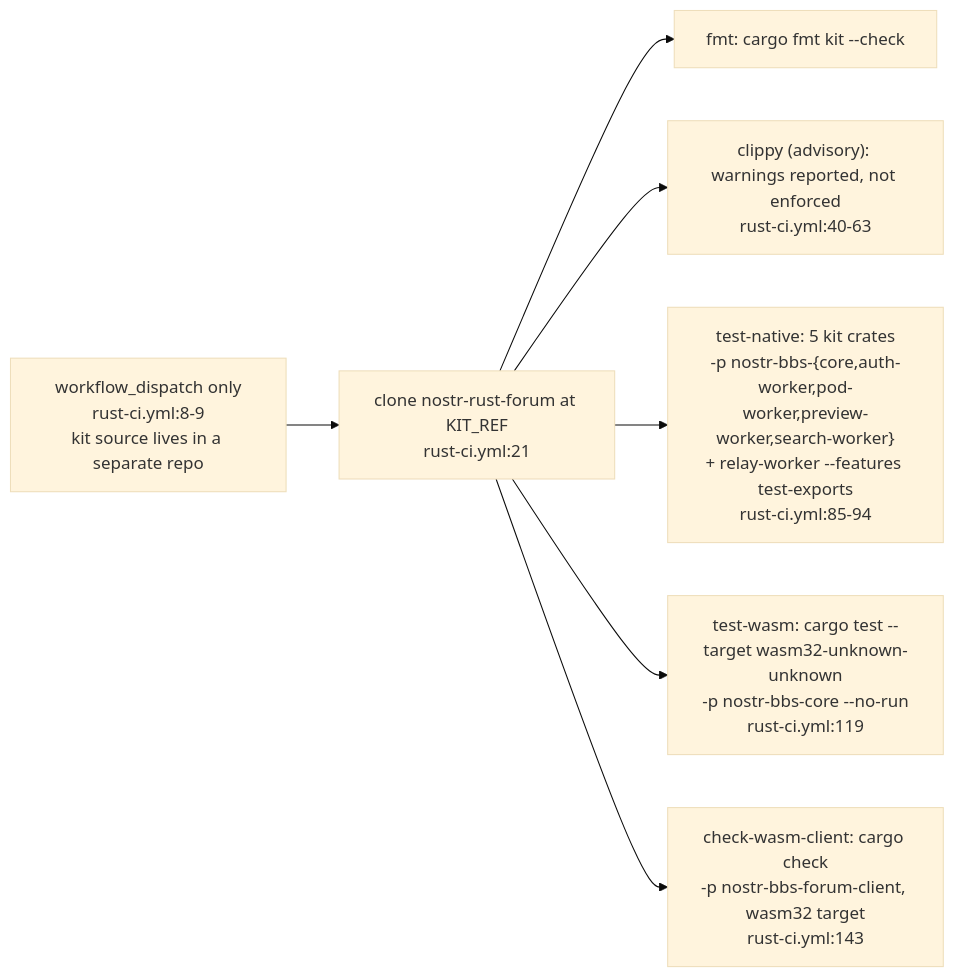
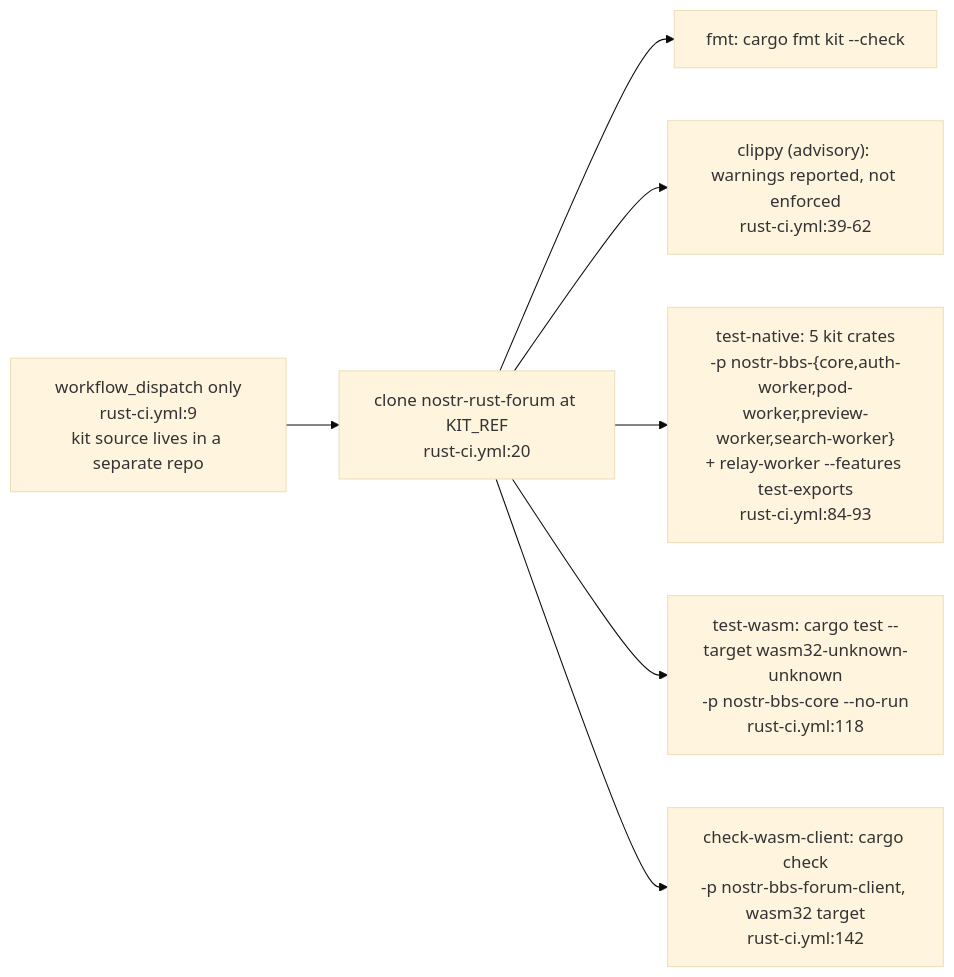
One commit to DreamLab-AI/VisionFlow changed the second of 5 diagrams in docs/diagrams/dreamlab-ai-website/05-ci-gates-rust-ci-kit-pin-playwright.md. Above: the diagram before and after it, drawn with Mermaid (base theme). The commit also changed other lines of this file and 80 other files, not shown here.

First line of the commit message:
docs(diagrams): re-verify the agentbox, dreamlab, estate and visionflow corpus against current sources

````diff
--- a/docs/diagrams/dreamlab-ai-website/05-ci-gates-rust-ci-kit-pin-playwright.md
+++ b/docs/diagrams/dreamlab-ai-website/05-ci-gates-rust-ci-kit-pin-playwright.md
@@ -52,9 +52,9 @@
 ```mermaid
 flowchart LR
-    TRIG["workflow_dispatch only<br/>rust-ci.yml:8-9<br/>kit source lives in a separate repo"] --> CLONE["clone nostr-rust-forum at KIT_REF<br/>rust-ci.yml:21"]
+    TRIG["workflow_dispatch only<br/>rust-ci.yml:9<br/>kit source lives in a separate repo"] --> CLONE["clone nostr-rust-forum at KIT_REF<br/>rust-ci.yml:20"]
     CLONE --> FMT["fmt: cargo fmt kit --check"]
-    CLONE --> CLIPPY["clippy (advisory): warnings reported, not enforced<br/>rust-ci.yml:40-63"]
-    CLONE --> TN["test-native: 5 kit crates<br/>-p nostr-bbs-{core,auth-worker,pod-worker,preview-worker,search-worker}<br/>+ relay-worker --features test-exports<br/>rust-ci.yml:85-94"]
-    CLONE --> TW["test-wasm: cargo test --target wasm32-unknown-unknown<br/>-p nostr-bbs-core --no-run<br/>rust-ci.yml:119"]
-    CLONE --> CWC["check-wasm-client: cargo check<br/>-p nostr-bbs-forum-client, wasm32 target<br/>rust-ci.yml:143"]
+    CLONE --> CLIPPY["clippy (advisory): warnings reported, not enforced<br/>rust-ci.yml:39-62"]
+    CLONE --> TN["test-native: 5 kit crates<br/>-p nostr-bbs-{core,auth-worker,pod-worker,preview-worker,search-worker}<br/>+ relay-worker --features test-exports<br/>rust-ci.yml:84-93"]
+    CLONE --> TW["test-wasm: cargo test --target wasm32-unknown-unknown<br/>-p nostr-bbs-core --no-run<br/>rust-ci.yml:118"]
+    CLONE --> CWC["check-wasm-client: cargo check<br/>-p nostr-bbs-forum-client, wasm32 target<br/>rust-ci.yml:142"]
 ```
````
